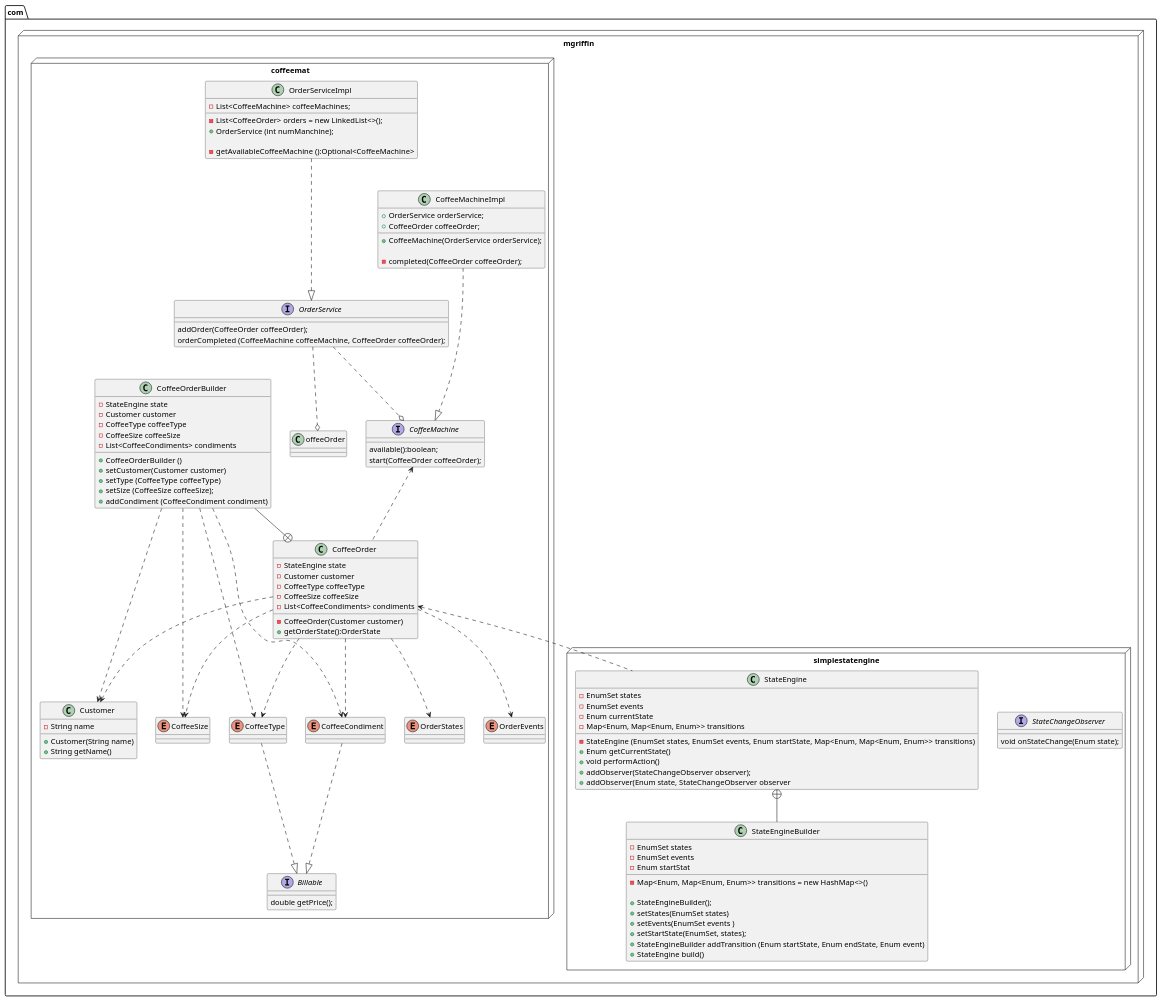
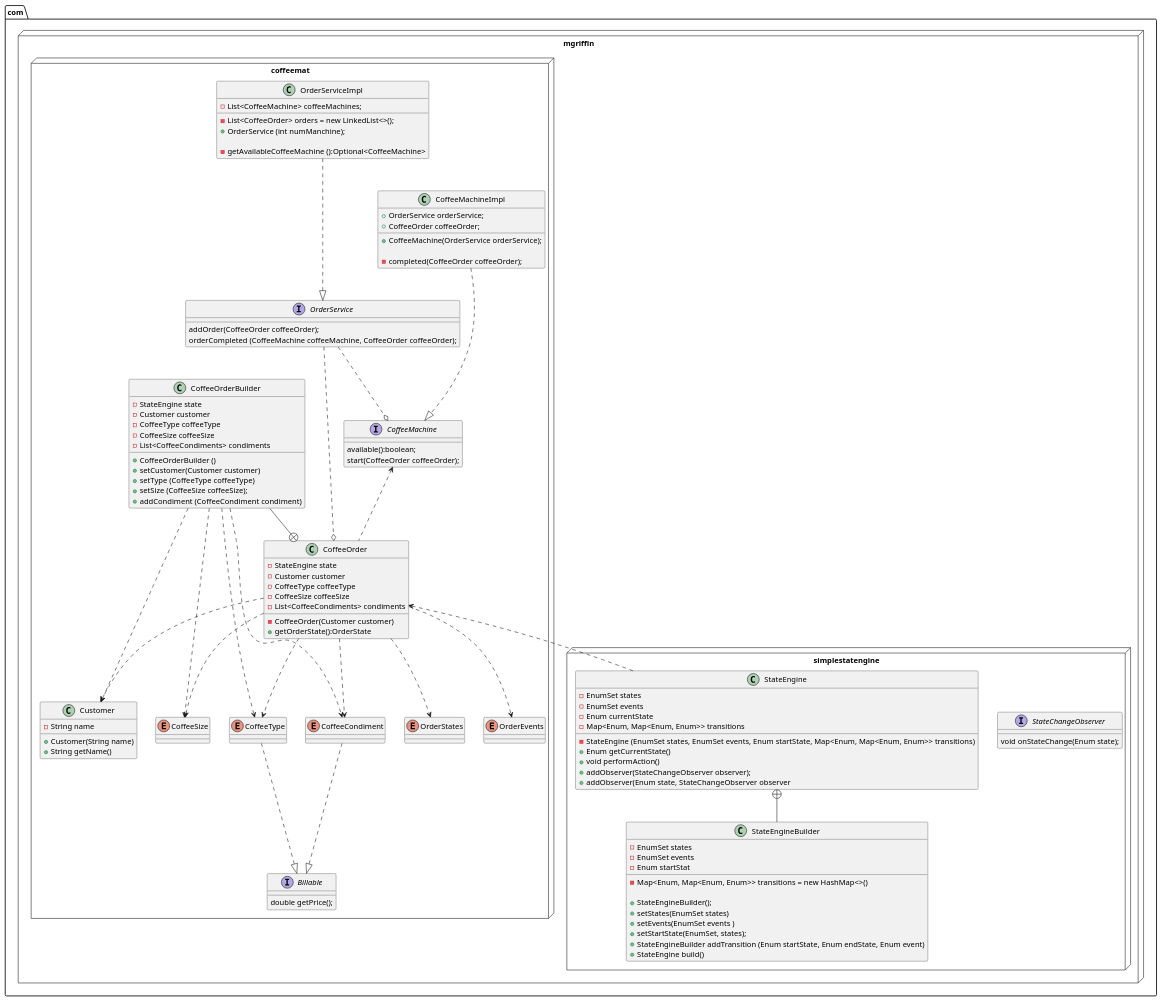
The diagram in class_diagram.pu (mdgriffin/Design-Patterns), drawn with PlantUML before and after one commit.

Commit message:
Fixed typo in plantuml

```diff
--- a/class_diagram.pu
+++ b/class_diagram.pu
@@ -1,136 +1,136 @@
 @startuml
 package com.mgriffin <<Node>> {
 
 package simplestatengine <<Node>> {
 
 Interface StateChangeObserver {
     void onStateChange(Enum state);
 }
 
 Class StateEngine {
     -EnumSet states
     -EnumSet events
     -Enum currentState
     -Map<Enum, Map<Enum, Enum>> transitions
 
     -StateEngine (EnumSet states, EnumSet events, Enum startState, Map<Enum, Map<Enum, Enum>> transitions)
     +Enum getCurrentState()
     +void performAction()
     +addObserver(StateChangeObserver observer);
     +addObserver(Enum state, StateChangeObserver observer
 }
 
 class StateEngineBuilder {
     -EnumSet states
     -EnumSet events
     -Enum startStat
     -Map<Enum, Map<Enum, Enum>> transitions = new HashMap<>()
 
     +StateEngineBuilder();
     +setStates(EnumSet states)
     +setEvents(EnumSet events )
     +setStartState(EnumSet, states);
     +StateEngineBuilder addTransition (Enum startState, Enum endState, Enum event)
     +StateEngine build()
 }
 
 StateEngine+--StateEngineBuilder
 
 }
 
 package coffeemat <<Node>> {
     class CoffeeMachineImpl {
         +OrderService orderService;
         +CoffeeOrder coffeeOrder;
         +CoffeeMachine(OrderService orderService);
 
         -completed(CoffeeOrder coffeeOrder);
     }
 
     class OrderServiceImpl {
         -List<CoffeeMachine> coffeeMachines;
         -List<CoffeeOrder> orders = new LinkedList<>();
         +OrderService (int numManchine);
 
         -getAvailableCoffeeMachine ():Optional<CoffeeMachine>
     }
 
     class CoffeeOrder {
         -StateEngine state
         -Customer customer
         -CoffeeType coffeeType
         -CoffeeSize coffeeSize
         -List<CoffeeCondiments> condiments
 
         -CoffeeOrder(Customer customer)
         +getOrderState():OrderState
     }
 
     class CoffeeOrderBuilder {
         -StateEngine state
         -Customer customer
         -CoffeeType coffeeType
         -CoffeeSize coffeeSize
         -List<CoffeeCondiments> condiments
 
         +CoffeeOrderBuilder ()
         +setCustomer(Customer customer)
         +setType (CoffeeType coffeeType)
         +setSize (CoffeeSize coffeeSize);
         +addCondiment (CoffeeCondiment condiment)
     }
 
     class Customer {
         -String name
         +Customer(String name)
         +String getName()
     }
 
     enum OrderStates
 
     enum OrderEvents
 
     interface Billable {
         double getPrice();
     }
 
     interface CoffeeMachine {
         available():boolean;
         start(CoffeeOrder coffeeOrder);
     }
 
 
     interface OrderService {
         addOrder(CoffeeOrder coffeeOrder);
         orderCompleted (CoffeeMachine coffeeMachine, CoffeeOrder coffeeOrder);
     }
 
     enum CoffeeSize
 
     enum CoffeeType
 
     enum CoffeeCondiment
 
     OrderServiceImpl ...|> OrderService
     CoffeeMachineImpl ...|> CoffeeMachine
-    OrderService ..o offeeOrder
+    OrderService ..o CoffeeOrder
     OrderService ..o CoffeeMachine
     CoffeeMachine <.. CoffeeOrder
     CoffeeOrder ..> Customer
     CoffeeOrder ..> CoffeeType
     CoffeeOrder ..> CoffeeSize
     CoffeeOrder ..> CoffeeCondiment
     CoffeeOrder ..> OrderStates
     CoffeeOrder ..> OrderEvents
     CoffeeOrder <.. StateEngine
     CoffeeOrderBuilder ..> Customer
     CoffeeOrderBuilder ..> CoffeeType
     CoffeeOrderBuilder ..> CoffeeSize
     CoffeeOrderBuilder ..> CoffeeCondiment
     CoffeeType ..|> Billable
     CoffeeCondiment ..|> Billable
     CoffeeOrderBuilder --+ CoffeeOrder
 }
 
 }
 @enduml
```
